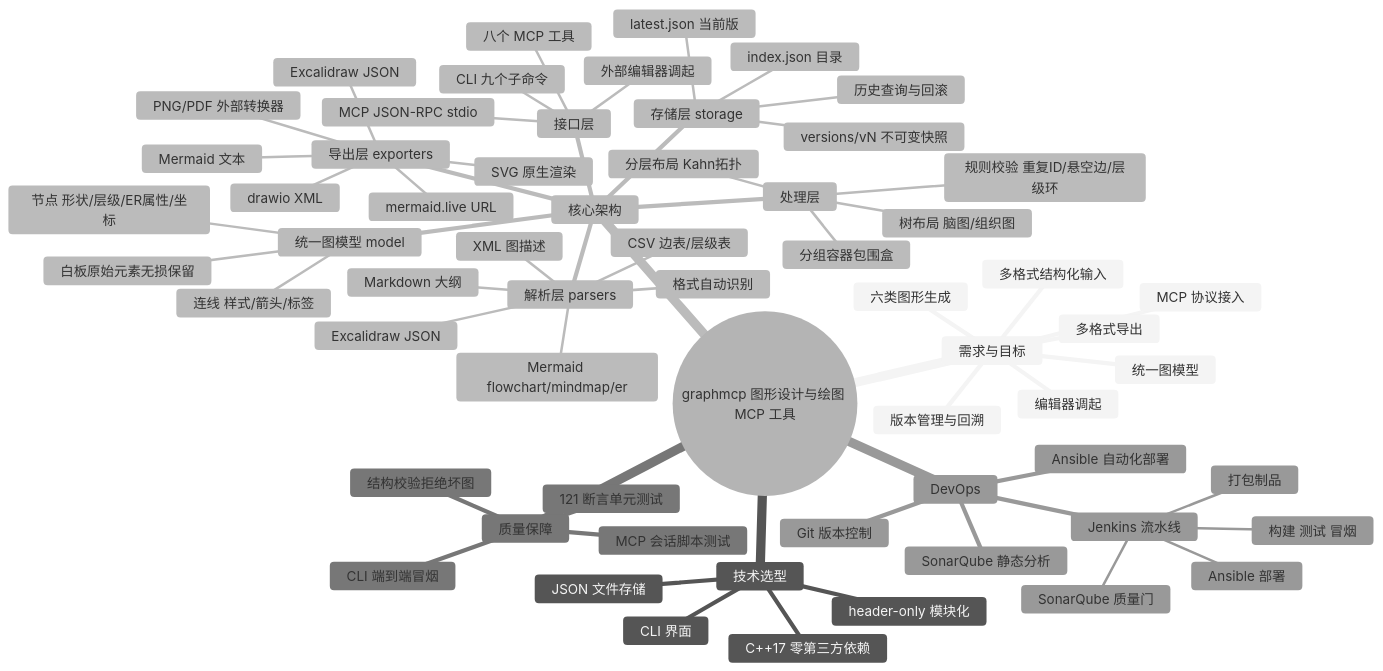
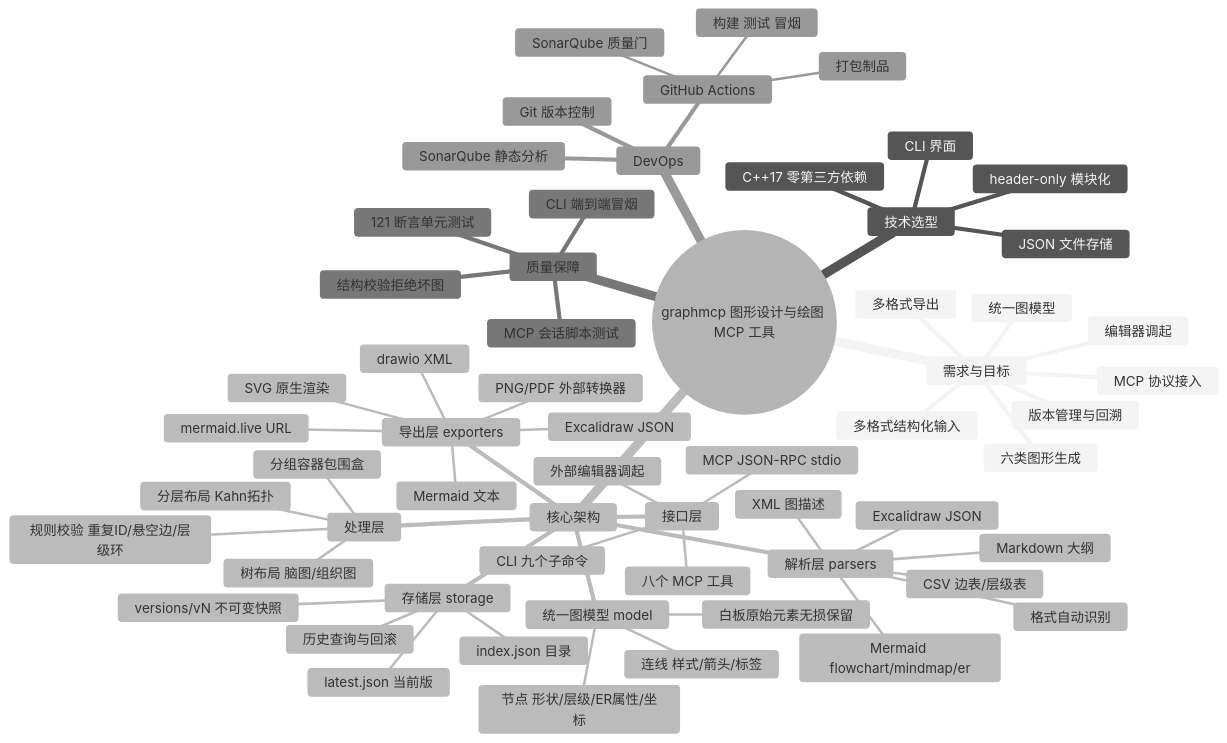
Before and after one commit to Wuqiongxiaolain/MCP: the diagram in docs/MINDMAP.md, drawn with Mermaid (neutral theme). The commit also changed other lines of this file and 2 other files, not shown here.

Commit message:
ci: 添加 GitHub Actions 持续集成工作流
新增 .github/workflows/ci.yml，覆盖构建、单元测试、冒烟测试、制品打包与可选 SonarQube 分析；同步更新 WORKLOG 与 MINDMAP 中的 DevOps 描述。

````diff
--- a/docs/MINDMAP.md
+++ b/docs/MINDMAP.md
@@ -9,65 +9,63 @@
 ```mermaid
 mindmap
   root((graphmcp 图形设计与绘图 MCP 工具))
     需求与目标
       多格式结构化输入
       六类图形生成
       统一图模型
       多格式导出
       编辑器调起
       版本管理与回溯
       MCP 协议接入
     技术选型
       C++17 零第三方依赖
       CLI 界面
       JSON 文件存储
       header-only 模块化
     核心架构
       解析层 parsers
         Mermaid flowchart/mindmap/er
         Markdown 大纲
         CSV 边表/层级表
         XML 图描述
         Excalidraw JSON
         格式自动识别
       统一图模型 model
         节点 形状/层级/ER属性/坐标
         连线 样式/箭头/标签
         白板原始元素无损保留
       处理层
         规则校验 重复ID/悬空边/层级环
         分层布局 Kahn拓扑
         树布局 脑图/组织图
         分组容器包围盒
       导出层 exporters
         drawio XML
         Mermaid 文本
         Excalidraw JSON
         SVG 原生渲染
         PNG/PDF 外部转换器
         mermaid.live URL
       存储层 storage
         index.json 目录
         latest.json 当前版
         versions/vN 不可变快照
         历史查询与回滚
       接口层
         CLI 九个子命令
         MCP JSON-RPC stdio
         八个 MCP 工具
         外部编辑器调起
     质量保障
       121 断言单元测试
       CLI 端到端冒烟
       MCP 会话脚本测试
       结构校验拒绝坏图
     DevOps
       Git 版本控制
-      Jenkins 流水线
+      GitHub Actions
         构建 测试 冒烟
         SonarQube 质量门
         打包制品
-        Ansible 部署
       SonarQube 静态分析
-      Ansible 自动化部署
 ```
````
